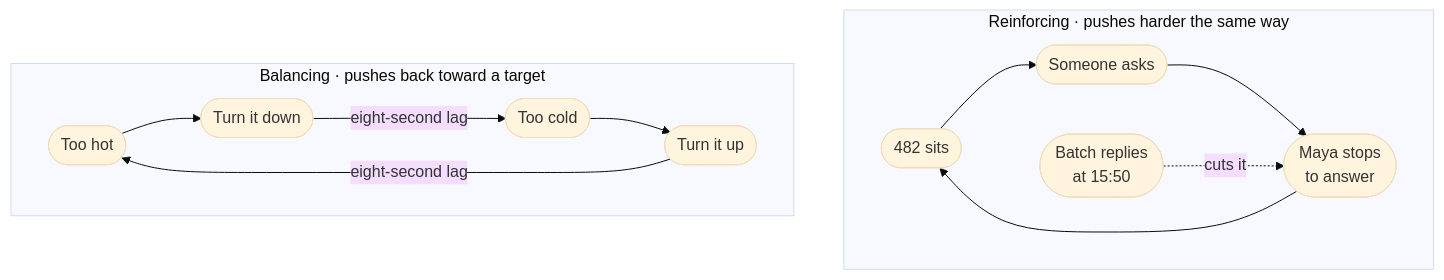
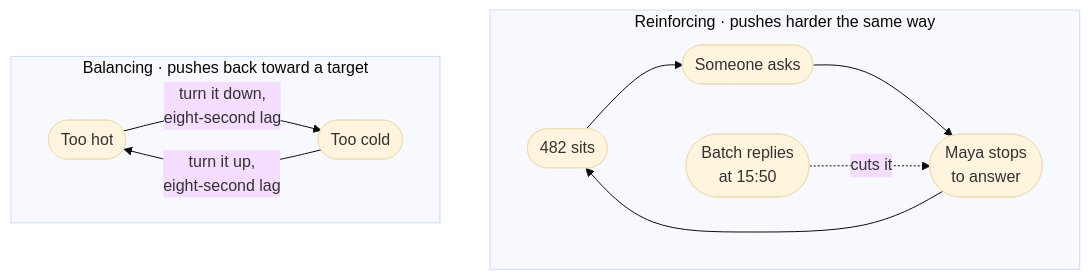
The third of 32 diagrams in examples/system-design-foundations.md (Laticent/lattice), drawn with Mermaid (base theme) before and after one commit. The commit also changed other lines of this file and 2 other files, not shown here.

````diff
--- a/examples/system-design-foundations.md
+++ b/examples/system-design-foundations.md
@@ -413,17 +411,15 @@
 ```mermaid
 flowchart TB
   subgraph rein["Reinforcing · pushes harder the same way"]
     direction LR
     R1(["482 sits"]) --> R2(["Someone asks"])
     R2 --> R3(["Maya stops<br/>to answer"])
     R3 --> R1
     R4(["Batch replies<br/>at 15:50"]) -.->|"cuts it"| R3
   end
   subgraph bal["Balancing · pushes back toward a target"]
     direction LR
-    B1(["Too hot"]) --> B2(["Turn it down"])
-    B2 -->|"eight-second lag"| B3(["Too cold"])
-    B3 --> B4(["Turn it up"])
-    B4 -->|"eight-second lag"| B1
+    B1(["Too hot"]) -->|"turn it down,<br/>eight-second lag"| B3(["Too cold"])
+    B3 -->|"turn it up,<br/>eight-second lag"| B1
   end
 ```
````
